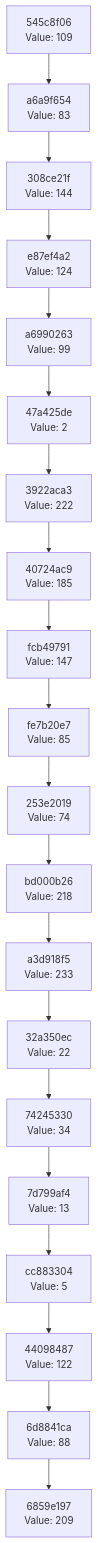
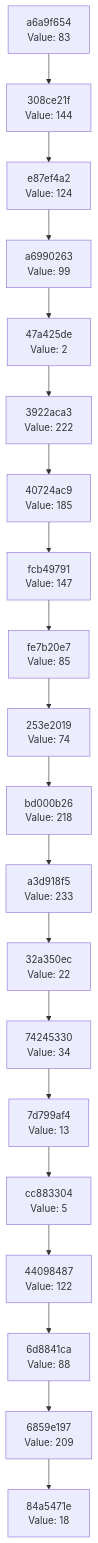
One commit to Abhisheksinha1506/hash-chain-evolver changed the diagram in docs/CHAIN_VISUALIZATION.md. Above: the diagram before and after it, drawn with Mermaid. The commit also changed 3 other files, not shown here.

````diff
--- a/docs/CHAIN_VISUALIZATION.md
+++ b/docs/CHAIN_VISUALIZATION.md
@@ -3,42 +3,42 @@
 ```mermaid
 graph TD
-    C0["6859e197<br/>Value: 209"]
-    C1["6d8841ca<br/>Value: 88"]
+    C0["84a5471e<br/>Value: 18"]
+    C1["6859e197<br/>Value: 209"]
     C1 --> C0
-    C2["44098487<br/>Value: 122"]
+    C2["6d8841ca<br/>Value: 88"]
     C2 --> C1
-    C3["cc883304<br/>Value: 5"]
+    C3["44098487<br/>Value: 122"]
     C3 --> C2
-    C4["7d799af4<br/>Value: 13"]
+    C4["cc883304<br/>Value: 5"]
     C4 --> C3
-    C5["74245330<br/>Value: 34"]
+    C5["7d799af4<br/>Value: 13"]
     C5 --> C4
-    C6["32a350ec<br/>Value: 22"]
+    C6["74245330<br/>Value: 34"]
     C6 --> C5
-    C7["a3d918f5<br/>Value: 233"]
+    C7["32a350ec<br/>Value: 22"]
     C7 --> C6
-    C8["bd000b26<br/>Value: 218"]
+    C8["a3d918f5<br/>Value: 233"]
     C8 --> C7
-    C9["253e2019<br/>Value: 74"]
+    C9["bd000b26<br/>Value: 218"]
     C9 --> C8
-    C10["fe7b20e7<br/>Value: 85"]
+    C10["253e2019<br/>Value: 74"]
     C10 --> C9
-    C11["fcb49791<br/>Value: 147"]
+    C11["fe7b20e7<br/>Value: 85"]
     C11 --> C10
-    C12["40724ac9<br/>Value: 185"]
+    C12["fcb49791<br/>Value: 147"]
     C12 --> C11
-    C13["3922aca3<br/>Value: 222"]
+    C13["40724ac9<br/>Value: 185"]
     C13 --> C12
-    C14["47a425de<br/>Value: 2"]
+    C14["3922aca3<br/>Value: 222"]
     C14 --> C13
-    C15["a6990263<br/>Value: 99"]
+    C15["47a425de<br/>Value: 2"]
     C15 --> C14
-    C16["e87ef4a2<br/>Value: 124"]
+    C16["a6990263<br/>Value: 99"]
     C16 --> C15
-    C17["308ce21f<br/>Value: 144"]
+    C17["e87ef4a2<br/>Value: 124"]
     C17 --> C16
-    C18["a6a9f654<br/>Value: 83"]
+    C18["308ce21f<br/>Value: 144"]
     C18 --> C17
-    C19["545c8f06<br/>Value: 109"]
+    C19["a6a9f654<br/>Value: 83"]
     C19 --> C18
 ```
````
